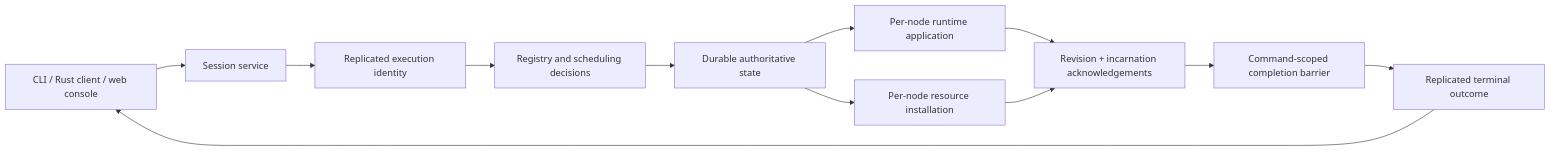
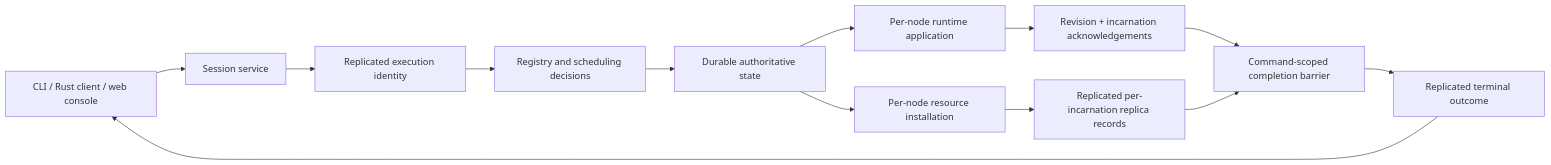
The second of 5 diagrams in docs/src/command-completion.md (nervix-io/nervix), drawn with Mermaid before and after one commit. The commit also changed other lines of this file and 9 other files, not shown here.

````diff
--- a/docs/src/command-completion.md
+++ b/docs/src/command-completion.md
@@ -44,14 +46,15 @@
 ```mermaid
 flowchart LR
     Client[CLI / Rust client / web console] --> Session[Session service]
     Session --> Identity[Replicated execution identity]
     Identity --> Decision[Registry and scheduling decisions]
     Decision --> Raft[Durable authoritative state]
     Raft --> Runtime[Per-node runtime application]
     Raft --> Resources[Per-node resource installation]
     Runtime --> Gossip[Revision + incarnation acknowledgements]
-    Resources --> Gossip
+    Resources --> Replicas[Replicated per-incarnation replica records]
     Gossip --> Barrier[Command-scoped completion barrier]
+    Replicas --> Barrier
     Barrier --> Outcome[Replicated terminal outcome]
     Outcome --> Client
 ```
````
